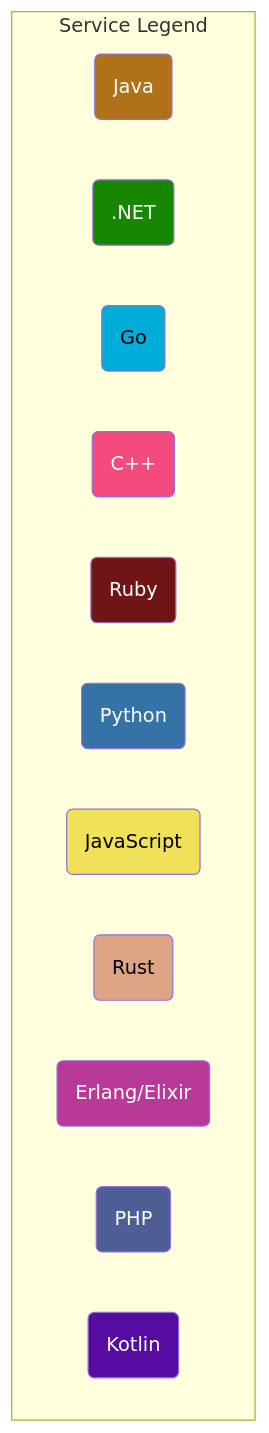
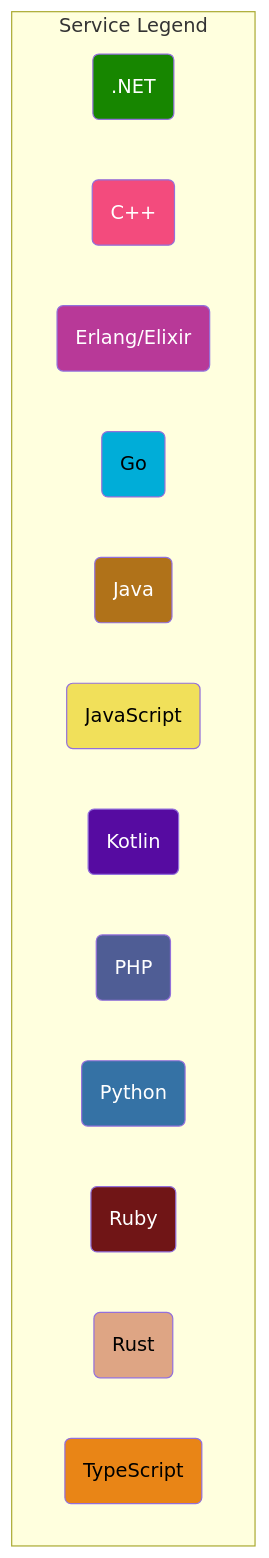
One commit to mohamed3637/opentelemetry-demo changed the second of 3 diagrams in docs/current_architecture.md. Above: the diagram before and after it, drawn with Mermaid. The commit also changed other lines of this file, not shown here.

Commit message:
use typescript for frontend (#625)

````diff
--- a/docs/current_architecture.md
+++ b/docs/current_architecture.md
@@ -76,28 +77,30 @@
 ```mermaid
 graph TD
 subgraph Service Legend
+  dotnetsvc(.NET):::dotnet
+  cppsvc(C++):::cpp
+  erlangsvc(Erlang/Elixir):::erlang
+  golangsvc(Go):::golang
   javasvc(Java):::java
-  dotnetsvc(.NET):::dotnet
-  golangsvc(Go):::golang
-  cppsvc(C++):::cpp
+  javascriptsvc(JavaScript):::javascript
+  kotlinsvc(Kotlin):::kotlin
+  phpsvc(PHP):::php
+  pythonsvc(Python):::python
   rubysvc(Ruby):::ruby
-  pythonsvc(Python):::python
-  javascriptsvc(JavaScript):::javascript
   rustsvc(Rust):::rust
-  erlangsvc(Erlang/Elixir):::erlang
-  phpsvc(PHP):::php
-  kotlinsvc(Kotlin):::kotlin
+  typescriptsvc(TypeScript):::typescript
 end
 
+classDef dotnet fill:#178600,color:white;
+classDef cpp fill:#f34b7d,color:white;
+classDef erlang fill:#b83998,color:white;
+classDef golang fill:#00add8,color:black;
 classDef java fill:#b07219,color:white;
+classDef javascript fill:#f1e05a,color:black;
 classDef kotlin fill:#560ba1,color:white;
-classDef dotnet fill:#178600,color:white;
-classDef golang fill:#00add8,color:black;
-classDef cpp fill:#f34b7d,color:white;
+classDef php fill:#4f5d95,color:white;
+classDef python fill:#3572A5,color:white;
 classDef ruby fill:#701516,color:white;
-classDef python fill:#3572A5,color:white;
-classDef javascript fill:#f1e05a,color:black;
 classDef rust fill:#dea584,color:black;
-classDef erlang fill:#b83998,color:white;
-classDef php fill:#4f5d95,color:white;
+classDef typescript fill:#e98516,color:black;
 ```
````
